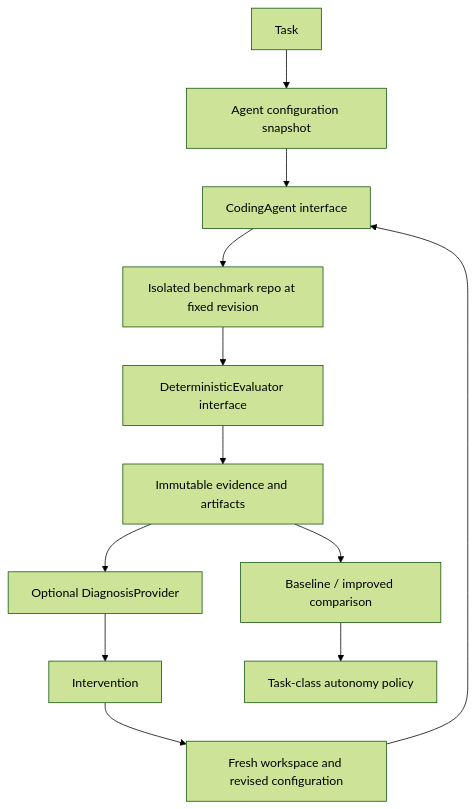
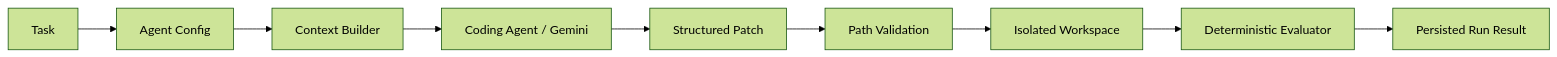
The second of 2 diagrams in docs/architecture.md (rafafaruque/shadowline), drawn with Mermaid (forest theme) before and after one commit. The commit also changed other lines of this file and 34 other files, not shown here.

Commit message:
add real coding agent execution and provider error handling

````diff
--- a/docs/architecture.md
+++ b/docs/architecture.md
@@ -77,14 +77,11 @@
 ```mermaid
-flowchart TD
-  Task --> Config[Agent configuration snapshot]
-  Config --> Agent[CodingAgent interface]
-  Agent --> Workspace[Isolated benchmark repo at fixed revision]
-  Workspace --> Eval[DeterministicEvaluator interface]
-  Eval --> Evidence[Immutable evidence and artifacts]
-  Evidence --> Diagnosis[Optional DiagnosisProvider]
-  Diagnosis --> Intervention
-  Intervention --> Rerun[Fresh workspace and revised configuration]
-  Rerun --> Agent
-  Evidence --> Compare[Baseline / improved comparison]
-  Compare --> Policy[Task-class autonomy policy]
+flowchart LR
+  Task --> Config[Agent Config]
+  Config --> Context[Context Builder]
+  Context --> Agent[Coding Agent / Gemini]
+  Agent --> Patch[Structured Patch]
+  Patch --> Paths[Path Validation]
+  Paths --> Workspace[Isolated Workspace]
+  Workspace --> Evaluator[Deterministic Evaluator]
+  Evaluator --> Result[Persisted Run Result]
 ```
````
